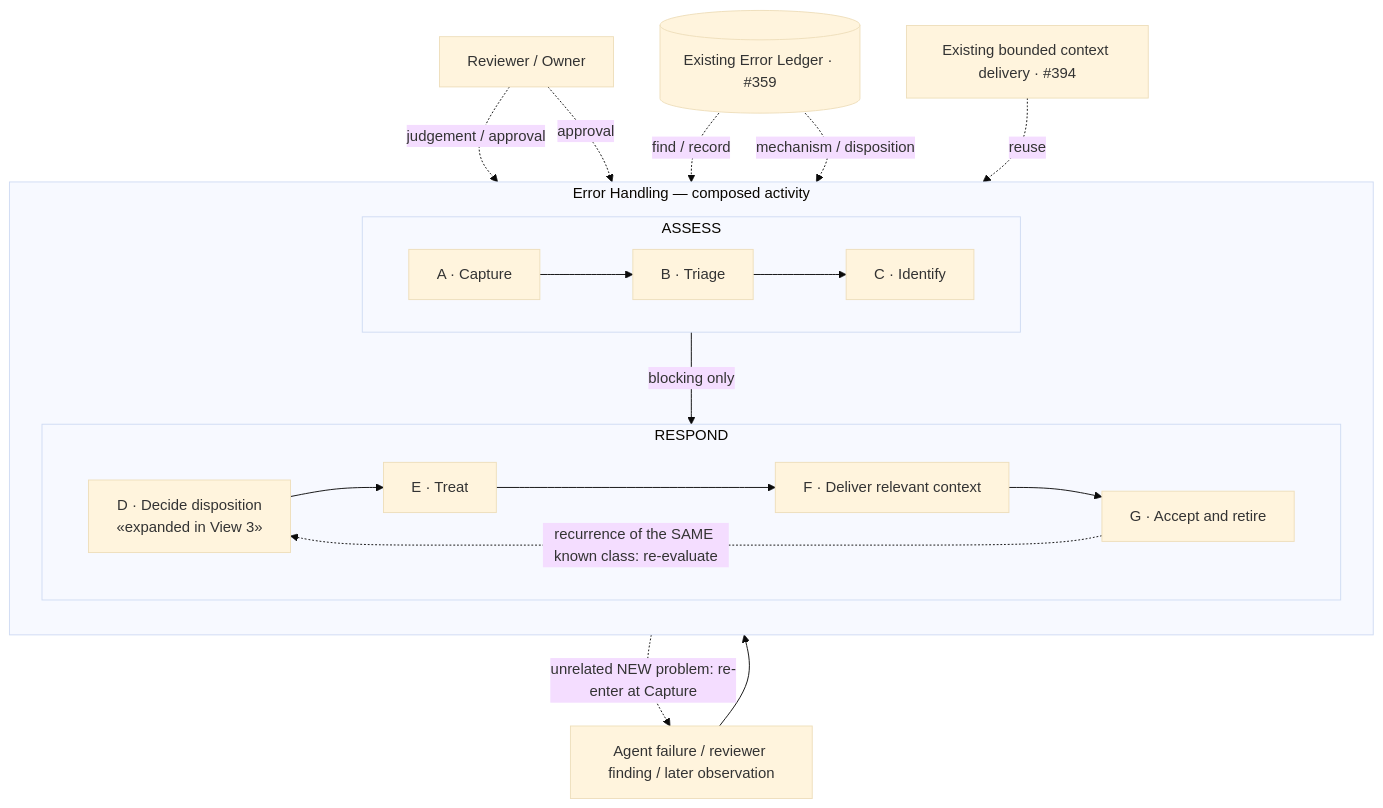
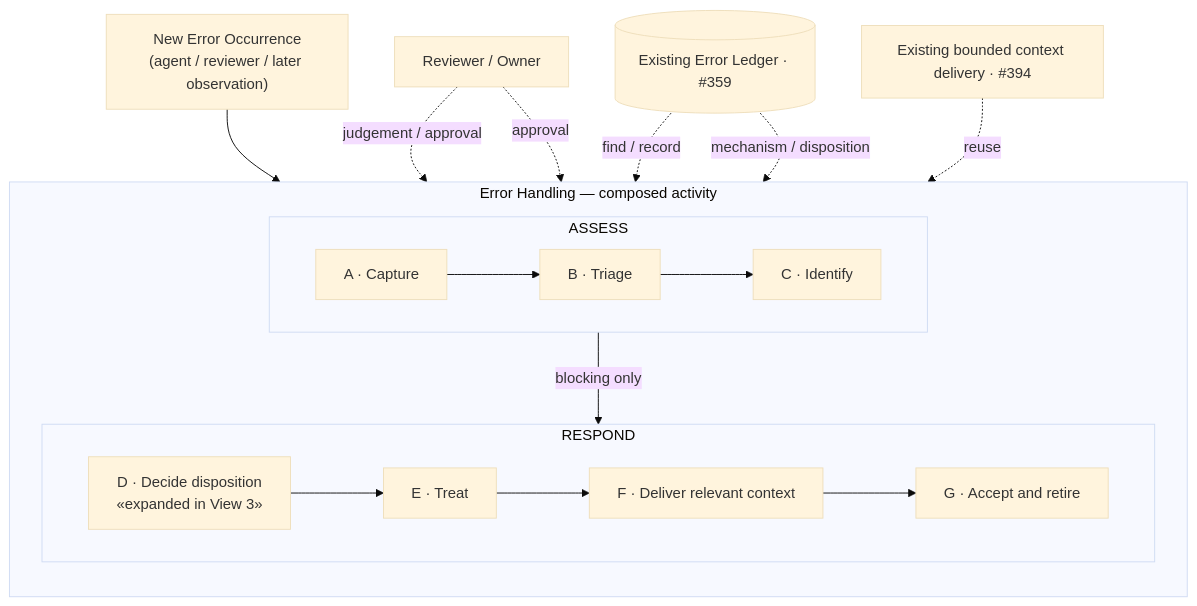
Before and after one commit to dyphn1/Harness-everything: the second of 3 diagrams in docs/discussions/error-handling/README.md, drawn with Mermaid (base theme). The commit also changed other lines of this file, not shown here.

Commit message:
docs(discussion): scope recurrence to new error occurrences and action-level reuse

````diff
--- a/docs/discussions/error-handling/README.md
+++ b/docs/discussions/error-handling/README.md
@@ -100,23 +105,21 @@
 ```mermaid
 flowchart TB
-    INPUT["Agent failure / reviewer finding / later observation"] --> A
+    INPUT["New Error Occurrence<br/>(agent / reviewer / later observation)"] --> A
     subgraph EH["Error Handling — composed activity"]
         direction TB
         subgraph ASSESS["ASSESS"]
             direction LR
             A["A · Capture"] --> B["B · Triage"] --> C["C · Identify"]
         end
         subgraph RESPOND["RESPOND"]
             direction LR
             D["D · Decide disposition<br/>«expanded in View 3»"] --> E["E · Treat"] --> F["F · Deliver relevant context"] --> G["G · Accept and retire"]
         end
         C -->|"blocking only"| D
     end
     REVIEW["Reviewer / Owner"] -. "judgement / approval" .-> B
     REVIEW -. "approval" .-> D
     LEDGER[("Existing Error Ledger · #359")] -. "find / record" .-> C
     LEDGER -. "mechanism / disposition" .-> E
     HOOK["Existing bounded context delivery · #394"] -. "reuse" .-> F
-    G -. "unrelated NEW problem: re-enter at Capture" .-> INPUT
-    G -. "recurrence of the SAME known class: re-evaluate" .-> D
 ```
````
